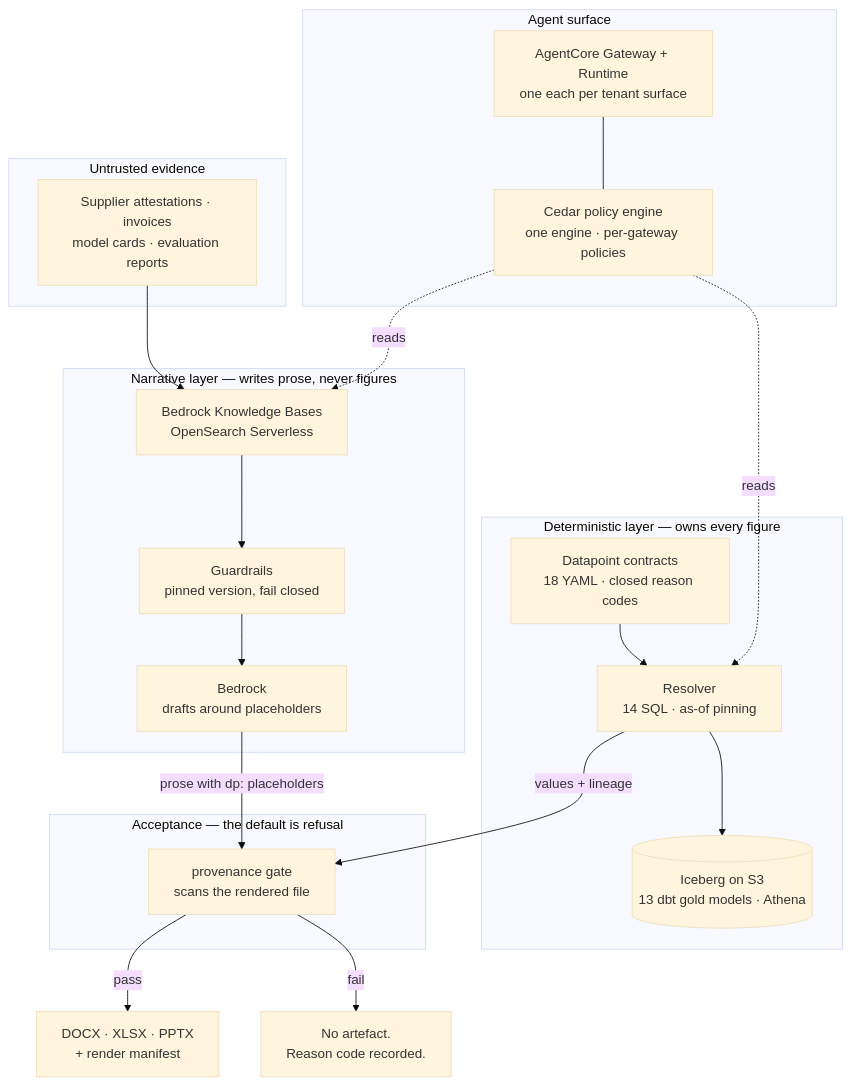
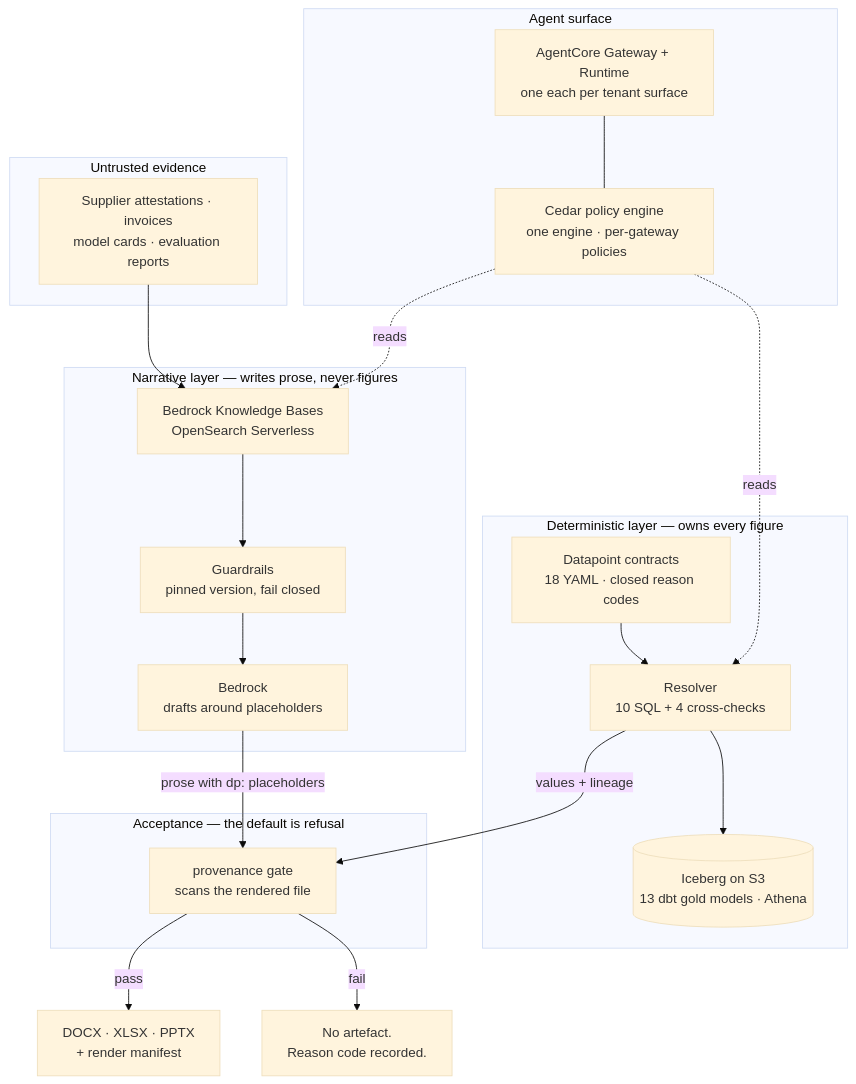
One commit to theofanis-tsakanikas/attestor changed the diagram in README.md. Above: the diagram before and after it, drawn with Mermaid (base theme). The commit also changed other lines of this file and 3 other files, not shown here.

````diff
--- a/README.md
+++ b/README.md
@@ -98,37 +98,37 @@
 ```mermaid
 flowchart TB
   subgraph evidence["Untrusted evidence"]
     DOCS["Supplier attestations · invoices<br/>model cards · evaluation reports"]
   end
 
   subgraph model["Narrative layer — writes prose, never figures"]
     KB["Bedrock Knowledge Bases<br/>OpenSearch Serverless"]
     GR["Guardrails<br/>pinned version, fail closed"]
     LLM["Bedrock<br/>drafts around placeholders"]
   end
 
   subgraph deterministic["Deterministic layer — owns every figure"]
     CON["Datapoint contracts<br/>18 YAML · closed reason codes"]
-    RES["Resolver<br/>14 SQL · as-of pinning"]
+    RES["Resolver<br/>10 SQL + 4 cross-checks"]
     LAKE[("Iceberg on S3<br/>13 dbt gold models · Athena")]
   end
 
   subgraph gates["Acceptance — the default is refusal"]
     PG["provenance gate<br/>scans the rendered file"]
   end
 
   subgraph surface["Agent surface"]
     AC["AgentCore Gateway + Runtime<br/>one each per tenant surface"]
     CE["Cedar policy engine<br/>one engine · per-gateway policies"]
   end
 
   DOCS --> KB --> GR --> LLM
   CON --> RES --> LAKE
   LLM -- "prose with dp: placeholders" --> PG
   RES -- "values + lineage" --> PG
   PG -->|"pass"| OUT["DOCX · XLSX · PPTX<br/>+ render manifest"]
   PG -->|"fail"| NO["No artefact.<br/>Reason code recorded."]
   AC --- CE
   CE -.->|"reads"| RES
   CE -.->|"reads"| KB
 ```
````
